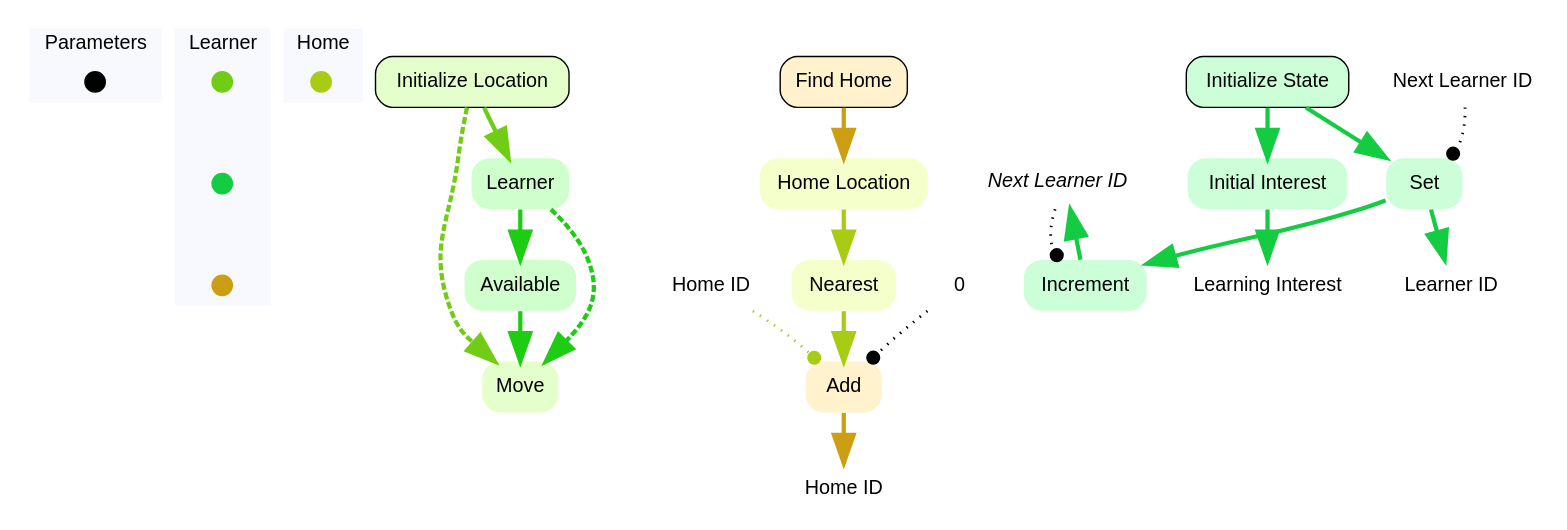
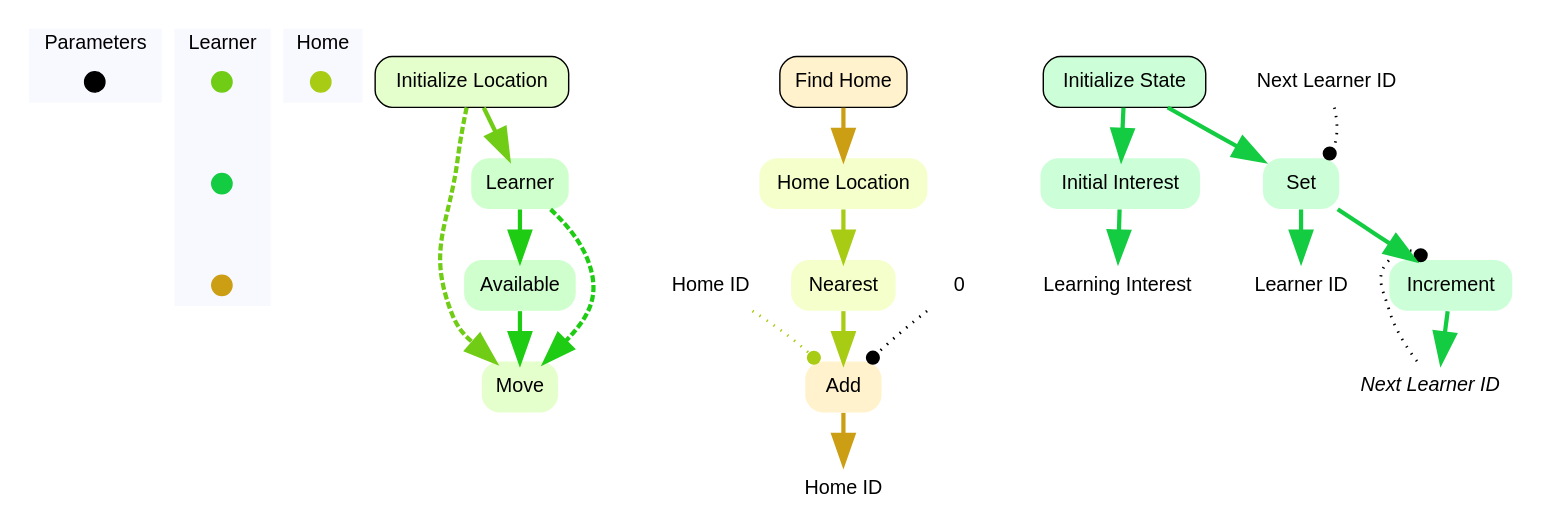
The diagram in edu.osu.synergies.ascape/WebContent/SpatialResources/graphvis/learner__Initial.dot (MilesParker/Synergies), drawn with Graphviz before and after one commit. The commit also changed other lines of this file and 133 other files, not shown here.

```diff
--- a/edu.osu.synergies.ascape/WebContent/SpatialResources/graphvis/learner__Initial.dot
+++ b/edu.osu.synergies.ascape/WebContent/SpatialResources/graphvis/learner__Initial.dot
@@ -1,96 +1,96 @@
 digraph learner {
 	concentrate=true;
 	
 	subgraph clustercontextKey {
 		fontname=Helvetica;
 		label="Parameters";
 		style="filled";
 		fillcolor=ghostwhite;
 		color=white;
 		labeljust=l;
 		contextOverview [style=filled,shape=point,fixedsize=true,width=.2,height=.2,fontcolor=white,color="black",label=""];
 	}
 	subgraph clusterlearnerKey {
 		fontname=Helvetica;
 		nodesep=0.1;
 		style="filled";
 		fillcolor=ghostwhite;
 		label="Learner";
 		color=white;
 		labeljust=l;
 		initializeLocationOverview [fontname=Helvetica,style=filled,shape=point,fixedsize=true,width=.2,height=.2,fontcolor=white,color="0.25, 0.9 , 0.8",label="",URL="learner__Overview.svg"];
 		initializeStateOverview [fontname=Helvetica,style=filled,shape=point,fixedsize=true,width=.2,height=.2,fontcolor=white,color="0.375, 0.9 , 0.8",label="",URL="learner__Overview.svg"];
 		findHomeOverview [fontname=Helvetica,style=filled,shape=point,fixedsize=true,width=.2,height=.2,fontcolor=white,color="0.125, 0.9 , 0.8",label="",URL="learner__Overview.svg"];
 initializeLocationOverview -> initializeStateOverview -> findHomeOverview [style=invis];
 	}
 	subgraph clusterhomeKey {
 		fontname=Helvetica;
 		nodesep=0.1;
 		style="filled";
 		fillcolor=ghostwhite;
 		label="Home";
 		color=white;
 		labeljust=l;
 		homeLocationOverview [fontname=Helvetica,style=filled,shape=point,fixedsize=true,width=.2,height=.2,fontcolor=white,color="0.199, 0.9 , 0.8",label="",URL="home__Overview.svg"];
 
 	}
 
 //subgraph clusterinitializeLocation {
 	//style=filled;
 	//color=white;
 	//fillcolor="0.0, 0.0, 0.98";
 		initializeLocation [shape=box,style="rounded,filled",fontname=Helvetica,color=black,fillcolor="0.25, 0.2, 1.0",label="Initialize Location",URL="learner_initializeLocation.svg"];
 	initializeLocation ->  learner [color="0.25, 0.9 , 0.8",penwidth=3.0,arrowsize=2.0];
+		learner [shape=none,style="rounded,filled",fontname=Helvetica,color=gray,fillcolor="0.324, 0.2, 1.0",label="Learner"];
+	learner ->  availableQuery [color="0.324, 0.9 , 0.8",penwidth=3.0,arrowsize=2.0];
 		moveLearner [shape=none,style="rounded,filled",fontname=Helvetica,color="0.25, 0.2, 1.0",label="Move"];
 	initializeLocation ->  moveLearner:nw [style=dashed,color="0.25, 0.9 , 0.8",penwidth=3.0,arrowsize=2.0];
 	learner -> moveLearner:ne [style=dashed,color="0.324, 0.9 , 0.8",penwidth=3.0,arrowsize=2.0];
-		learner [shape=none,style="rounded,filled",fontname=Helvetica,color=gray,fillcolor="0.324, 0.2, 1.0",label="Learner"];
-	learner ->  availableQuery [color="0.324, 0.9 , 0.8",penwidth=3.0,arrowsize=2.0];
 		availableQuery [shape=none,style="rounded,filled",fontname=Helvetica,color="0.324, 0.2, 1.0",label="Available"];
 	availableQuery ->  moveLearner [color="0.324, 0.9 , 0.8",penwidth=3.0,arrowsize=2.0];
 //}
+		homehomeID [shape=none,fontsize=14,style="filled",fontname=Helvetica,color=none,fillcolor=white,label="Home ID"];
 		learnerhomeID [shape=none,fontsize=14,style="filled",fontname=Helvetica,color=none,fillcolor=white,label="Home ID"];
-		homehomeID [shape=none,fontsize=14,style="filled",fontname=Helvetica,color=none,fillcolor=white,label="Home ID"];
 
 //subgraph clusterfindHome {
 	//style=filled;
 	//color=white;
 	//fillcolor="0.0, 0.0, 0.98";
 		findHome [shape=box,style="rounded,filled",fontname=Helvetica,color=black,fillcolor="0.125, 0.2, 1.0",label="Find Home",URL="learner_findHome.svg"];
 	findHome ->  homeLocation [color="0.125, 0.9 , 0.8",penwidth=3.0,arrowsize=2.0];
+		nearestQuery [shape=none,style="rounded,filled",fontname=Helvetica,color="0.199, 0.2, 1.0",label="Nearest "];
+	nearestQuery ->  homeIDAddZero [color="0.199, 0.9 , 0.8",penwidth=3.0,arrowsize=2.0];
 		homeIDAddZero [shape=none,style="rounded,filled",fontname=Helvetica,color="0.125, 0.2, 1.0",label="Add"];
 			homeIDAddZero ->  learnerhomeID [color="0.125, 0.9 , 0.8",penwidth=3.0,arrowsize=2.0];
-		nearestQuery [shape=none,style="rounded,filled",fontname=Helvetica,color="0.199, 0.2, 1.0",label="Nearest "];
-	nearestQuery ->  homeIDAddZero [color="0.199, 0.9 , 0.8",penwidth=3.0,arrowsize=2.0];
 		homeLocation [shape=none,style="rounded,filled",fontname=Helvetica,color=gray,fillcolor="0.199, 0.2, 1.0",label="Home Location"];
 	homeLocation ->  nearestQuery [color="0.199, 0.9 , 0.8",penwidth=3.0,arrowsize=2.0];
 //}
 		homehomeID -> homeIDAddZero:nw [style=dotted,arrowhead=dot,color="0.199, 0.9 , 0.8",penwidth=2.0];
 	
 		importxyxhomeIDAddZerofunctionszero0 [fontname=Helvetica,shape=none,label="0"];
 		importxyxhomeIDAddZerofunctionszero0 -> homeIDAddZero:ne [style=dotted,arrowhead=dot,color=black,penwidth=2.0];
+		learnerlearningInterest [shape=none,fontsize=14,style="filled",fontname=Helvetica,color=none,fillcolor=white,label="Learning Interest"];
 		spatialResourcesnextLearnerID [shape=none,fontsize=14,style="filled",fontname=Helvetica,color=none,fillcolor=white,label=<<i>Next Learner ID</i>>];
 		learnerlearnerID [shape=none,fontsize=14,style="filled",fontname=Helvetica,color=none,fillcolor=white,label="Learner ID"];
-		learnerlearningInterest [shape=none,fontsize=14,style="filled",fontname=Helvetica,color=none,fillcolor=white,label="Learning Interest"];
 
 //subgraph clusterinitializeState {
 	//style=filled;
 	//color=white;
 	//fillcolor="0.0, 0.0, 0.98";
 		initializeState [shape=box,style="rounded,filled",fontname=Helvetica,color=black,fillcolor="0.375, 0.2, 1.0",label="Initialize State",URL="learner_initializeState.svg"];
 	initializeState ->  initialInterest [color="0.375, 0.9 , 0.8",penwidth=3.0,arrowsize=2.0];
 	initializeState ->  setLearnerIDToNextLearnerID [color="0.375, 0.9 , 0.8",penwidth=3.0,arrowsize=2.0];
 	setLearnerIDToNextLearnerID ->  learnerlearnerID [color="0.375, 0.9 , 0.8",penwidth=3.0,arrowsize=2.0];
+		initialInterest [shape=none,style="rounded,filled",fontname=Helvetica,color="0.375, 0.2, 1.0",label="Initial Interest"];
+			initialInterest ->  learnerlearningInterest [color="0.375, 0.9 , 0.8",penwidth=3.0,arrowsize=2.0];
+		incrementNextLearnerID [shape=none,style="rounded,filled",fontname=Helvetica,color="0.375, 0.2, 1.0",label="Increment"];
+			incrementNextLearnerID ->  spatialResourcesnextLearnerID [color="0.375, 0.9 , 0.8",penwidth=3.0,arrowsize=2.0];
 
 		setLearnerIDToNextLearnerID [shape=none,style="rounded,filled",fontname=Helvetica,color="0.375, 0.2, 1.0",label="Set"];
 	setLearnerIDToNextLearnerID ->  incrementNextLearnerID [color="0.375, 0.9 , 0.8",penwidth=3.0,arrowsize=2.0];
-		incrementNextLearnerID [shape=none,style="rounded,filled",fontname=Helvetica,color="0.375, 0.2, 1.0",label="Increment"];
-			incrementNextLearnerID ->  spatialResourcesnextLearnerID [color="0.375, 0.9 , 0.8",penwidth=3.0,arrowsize=2.0];
-		initialInterest [shape=none,style="rounded,filled",fontname=Helvetica,color="0.375, 0.2, 1.0",label="Initial Interest"];
-			initialInterest ->  learnerlearningInterest [color="0.375, 0.9 , 0.8",penwidth=3.0,arrowsize=2.0];
 //}
+		spatialResourcesnextLearnerID -> incrementNextLearnerID:nw [style=dotted,arrowhead=dot,color=black,penwidth=2.0];
 
 		importabcsetLearnerIDToNextLearnerIDspatialResourcesnextLearnerID [fontname=Helvetica,shape=none,label="Next Learner ID"];
 		importabcsetLearnerIDToNextLearnerIDspatialResourcesnextLearnerID -> setLearnerIDToNextLearnerID:"ne" [style=dotted,arrowhead=dot,color=black,penwidth=2.0];
-		spatialResourcesnextLearnerID -> incrementNextLearnerID:nw [style=dotted,arrowhead=dot,color=black,penwidth=2.0];
 }
```
